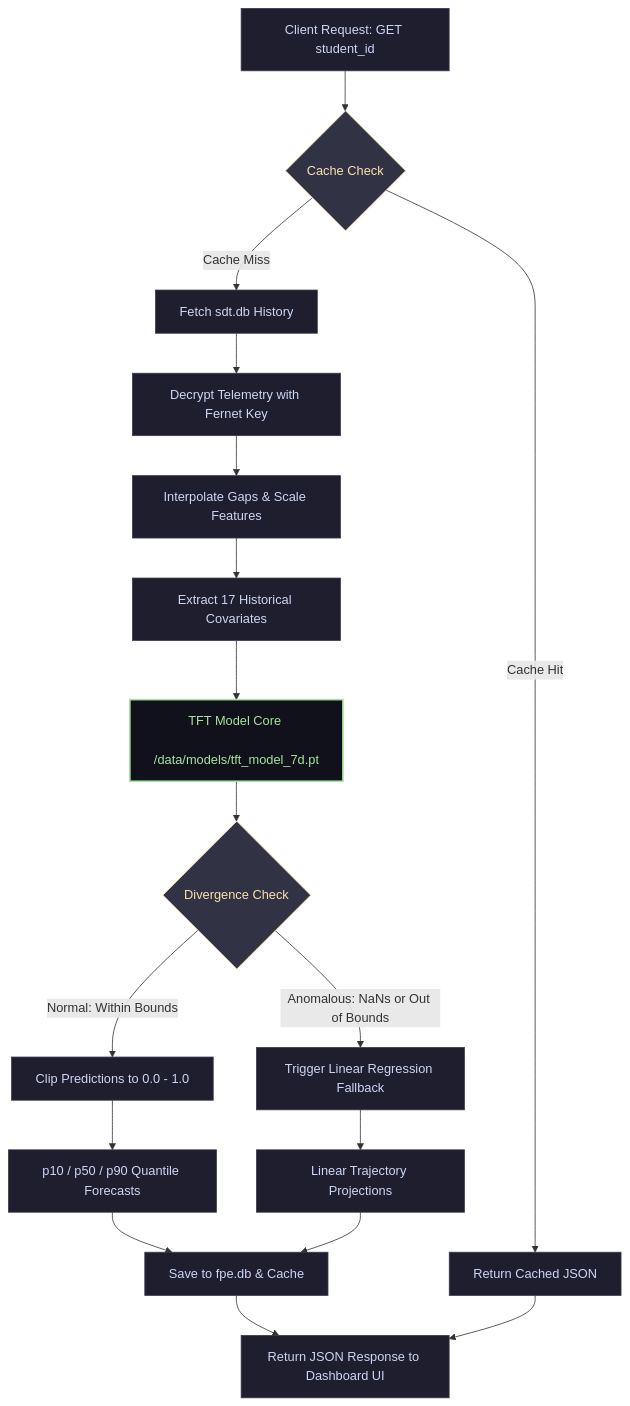
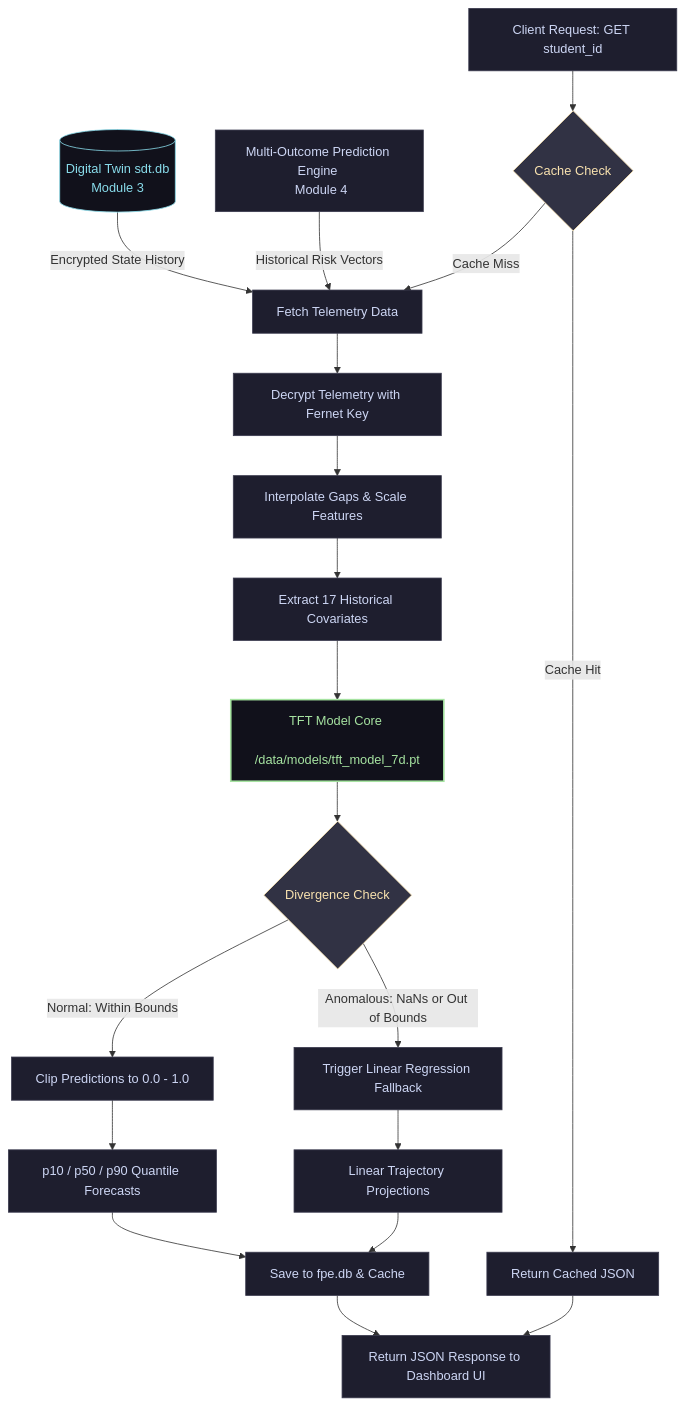
The diagram in README.md (tezendrax/FPE-Student-State-Forecasting-Engine--Wellmefy), drawn with Mermaid before and after one commit. The commit also changed 1 other file, not shown here.

Commit message:
Updating flowchart to include Digital Twin and MOPE upstream inputs

````diff
--- a/README.md
+++ b/README.md
@@ -13,39 +13,45 @@
 ```mermaid
 graph TD
+    %% Upstream Data Sources
+    SDT[(Digital Twin sdt.db <br> Module 3)] -->|Encrypted State History| D
+    MOPE[Multi-Outcome Prediction Engine <br> Module 4] -->|Historical Risk Vectors| D
+
     %% Entry Point
     A[Client Request: GET student_id] --> B{Cache Check}
     
     %% Cache Branching
     B -->|Cache Hit| C[Return Cached JSON]
-    B -->|Cache Miss| D[Fetch sdt.db History]
+    B -->|Cache Miss| D[Fetch Telemetry Data]
     
     %% Processing Pipeline
     D --> E[Decrypt Telemetry with Fernet Key]
     E --> F[Interpolate Gaps & Scale Features]
     F --> G[Extract 17 Historical Covariates]
     
     %% Forecasting Core (highlighting model location!)
     G --> H[TFT Model Core <br> /data/models/tft_model_7d.pt]
     
     %% Divergence Check Branching
     H --> I{Divergence Check}
     I -->|Normal: Within Bounds| J[Clip Predictions to 0.0 - 1.0]
     I -->|Anomalous: NaNs or Out of Bounds| K[Trigger Linear Regression Fallback]
     
     %% Target Outputs
     J --> L[p10 / p50 / p90 Quantile Forecasts]
     K --> M[Linear Trajectory Projections]
     
     %% Concluding Pipeline
     L --> N[Save to fpe.db & Cache]
     M --> N
     N --> O[Return JSON Response to Dashboard UI]
     C --> O
 
     %% Styling
     classDef default fill:#1e1e2e,stroke:#3b3b4f,color:#cdd6f4;
     classDef decision fill:#313244,stroke:#f9e2af,color:#f9e2af;
     classDef model fill:#11111b,stroke:#a6e3a1,color:#a6e3a1,stroke-width:2px;
+    classDef database fill:#11111b,stroke:#89dceb,color:#89dceb,stroke-width:1px;
     class B,I decision;
     class H model;
+    class SDT database;
 ```
````
